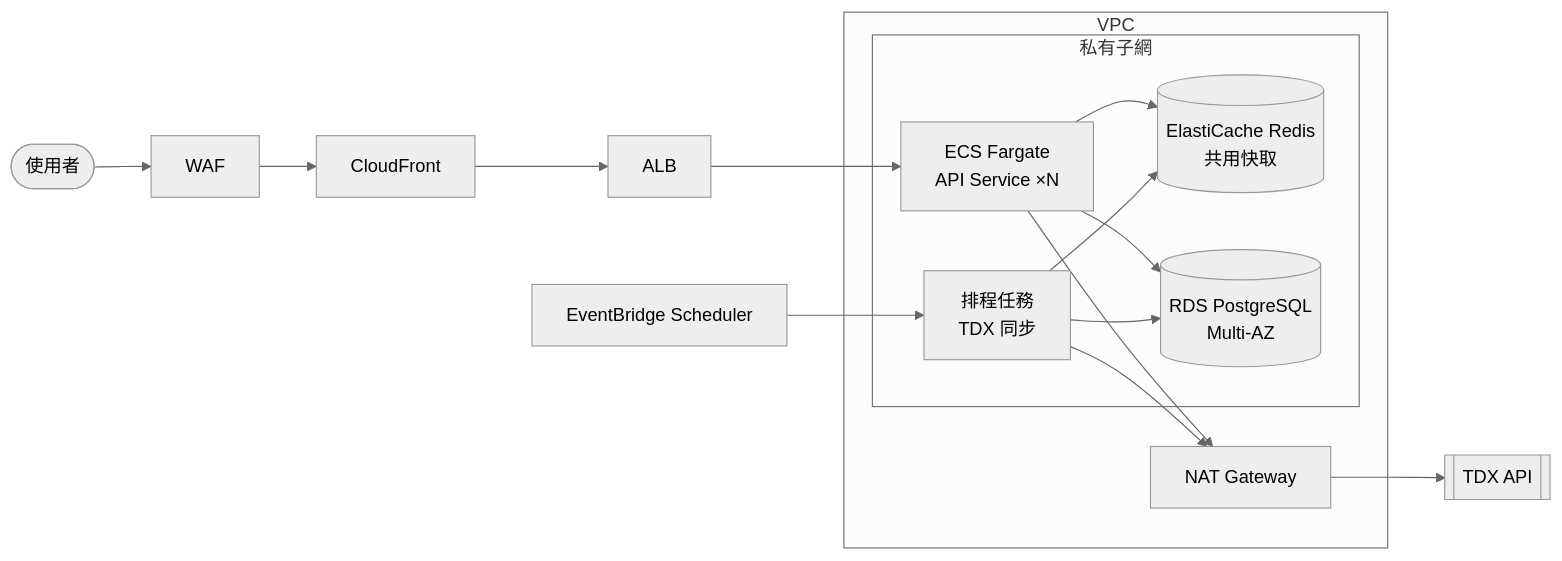
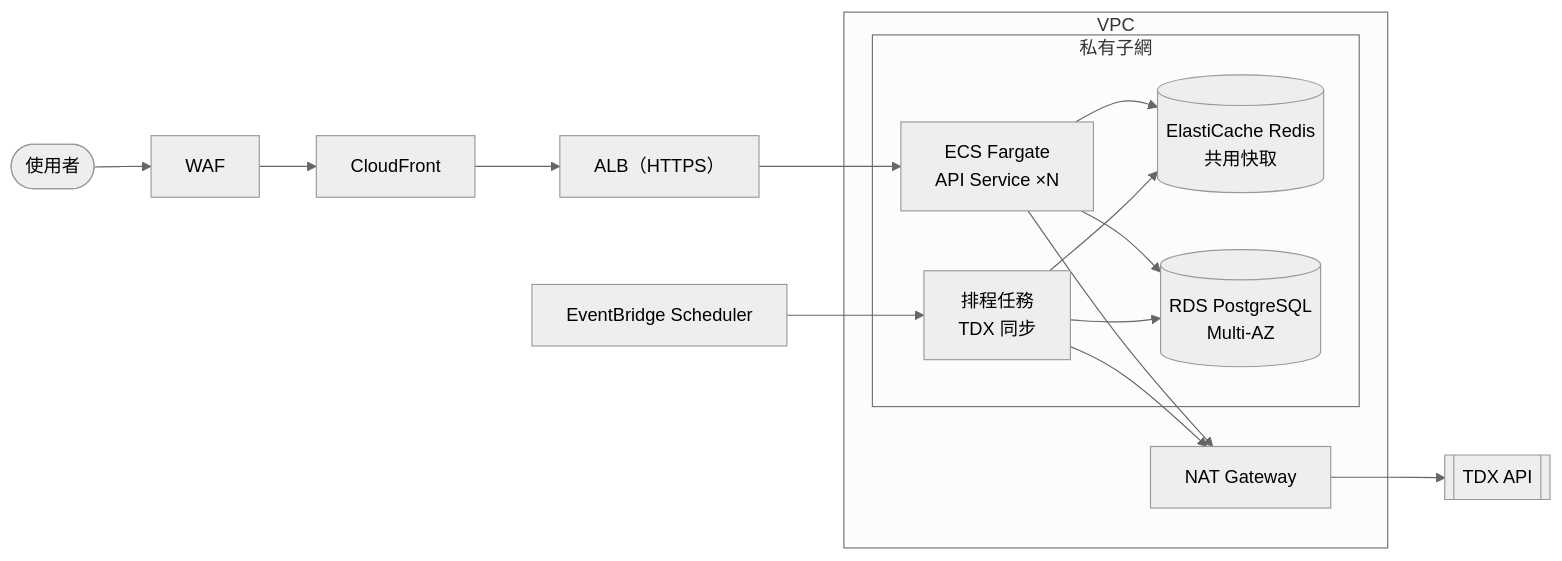
The second of 4 diagrams in docs/cloud-architecture.md (lhy4290/HackRail-TransferPlatform), drawn with Mermaid (neutral theme) before and after one commit. The commit also changed other lines of this file and 3 other files, not shown here.

First line of the commit message:
docs: align architecture doc with what was actually deployed

````diff
--- a/docs/cloud-architecture.md
+++ b/docs/cloud-architecture.md
@@ -132,18 +145,18 @@
 ```mermaid
 flowchart LR
-    user(["使用者"]) --> waf["WAF"] --> cf["CloudFront"] --> alb["ALB"]
+    user(["使用者"]) --> waf["WAF"] --> cf["CloudFront"] --> alb["ALB（HTTPS）"]
     subgraph VPC
         subgraph 私有子網
             ecs["ECS Fargate<br/>API Service ×N"]
             sync["排程任務<br/>TDX 同步"]
             redis[("ElastiCache Redis<br/>共用快取")]
             rds[("RDS PostgreSQL<br/>Multi-AZ")]
         end
         nat["NAT Gateway"]
     end
     alb --> ecs
     ecs --> redis & rds
     sync --> redis & rds
     eb["EventBridge Scheduler"] --> sync
     ecs & sync --> nat --> tdx[["TDX API"]]
 ```
````
